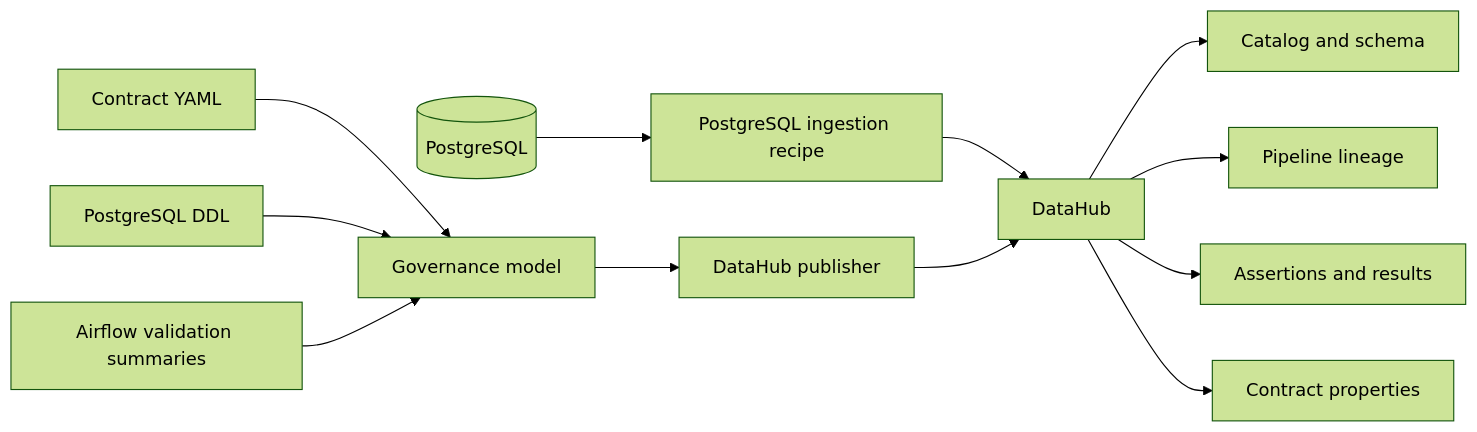
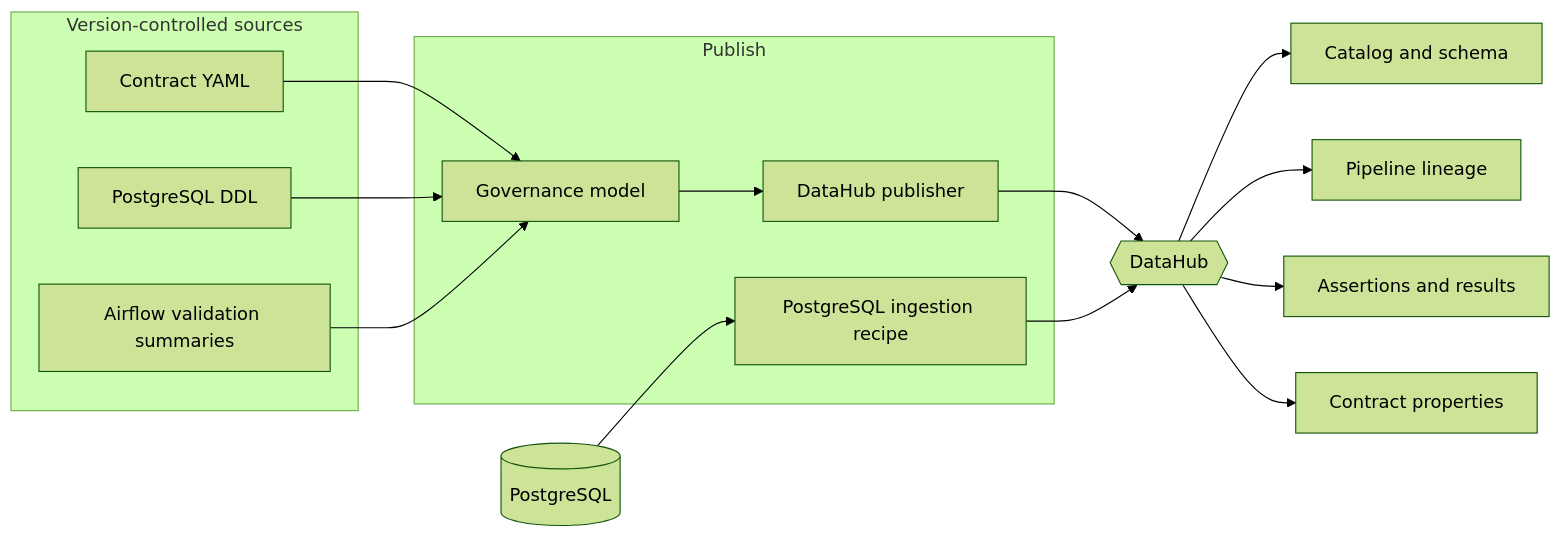
The diagram in docs/11_data_governance_datahub.md (hiendat04/fraudstream), drawn with Mermaid (forest theme) before and after one commit. The commit also changed other lines of this file and 15 other files, not shown here.

First line of the commit message:
docs: tighten docs 01-16 and add architecture diagrams

````diff
--- a/docs/11_data_governance_datahub.md
+++ b/docs/11_data_governance_datahub.md
@@ -11,15 +10,28 @@
 ```mermaid
 flowchart LR
-      contract[Contract YAML] --> model[Governance model]
-      ddl[PostgreSQL DDL] --> model
-      evidence[Airflow validation summaries] --> model
-      model --> publisher[DataHub publisher]
-      postgres[(PostgreSQL)] --> ingestion[PostgreSQL ingestion recipe]
-      ingestion --> datahub[DataHub]
-      publisher --> datahub
+    subgraph Sources["Version-controlled sources"]
+        contract[Contract YAML]
+        ddl[PostgreSQL DDL]
+        evidence[Airflow validation summaries]
+    end
 
-      datahub --> catalog[Catalog and schema]
-      datahub --> lineage[Pipeline lineage]
-      datahub --> quality[Assertions and results]
-      datahub --> properties[Contract properties]
+    subgraph Publish["Publish"]
+        model[Governance model]
+        publisher[DataHub publisher]
+        recipe[PostgreSQL ingestion recipe]
+    end
+
+    postgres[(PostgreSQL)]
+    datahub{{DataHub}}
+
+    contract --> model
+    ddl --> model
+    evidence --> model
+    model --> publisher --> datahub
+    postgres --> recipe --> datahub
+
+    datahub --> catalog[Catalog and schema]
+    datahub --> lineage[Pipeline lineage]
+    datahub --> quality[Assertions and results]
+    datahub --> properties[Contract properties]
 ```
````
